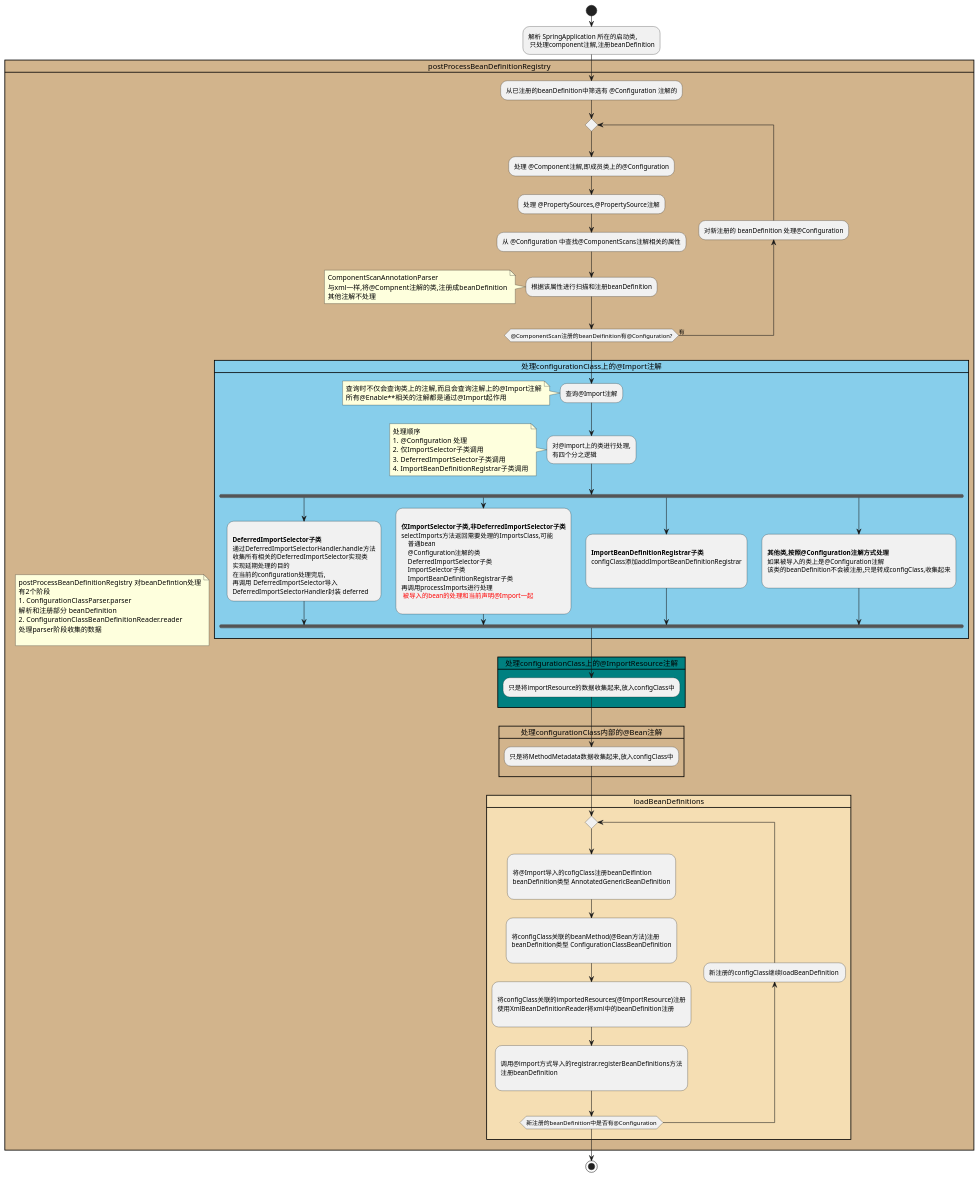
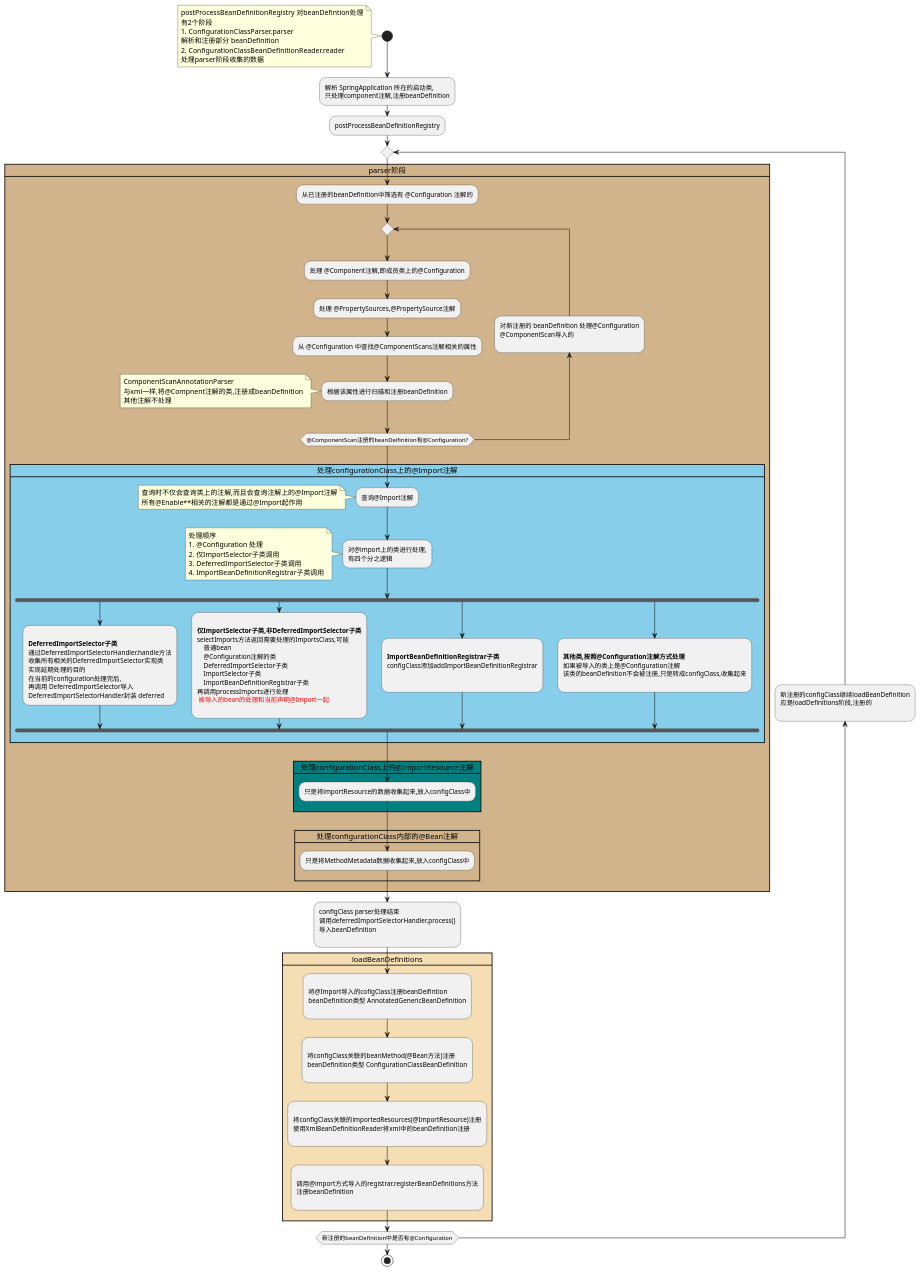
The diagram in uml/src/main/java/active/configuration_processor_activity.puml (FHJ2020/spring-uml), drawn with PlantUML before and after one commit.

```diff
--- a/uml/src/main/java/active/configuration_processor_activity.puml
+++ b/uml/src/main/java/active/configuration_processor_activity.puml
@@ -1,128 +1,140 @@
 @startuml
 'https://plantuml.com/activity-diagram-beta
 
 start
-   :解析 SpringApplication 所在的启动类,
-    只处理component注解,注册beanDefinition;
 
-card postProcessBeanDefinitionRegistry #tan{
     note
     postProcessBeanDefinitionRegistry 对beanDefintion处理
     有2个阶段
     # ConfigurationClassParser.parser
     解析和注册部分 beanDefinition
     # ConfigurationClassBeanDefinitionReader.reader
     处理parser阶段收集的数据
+    end note
 
-    end note
+    :解析 SpringApplication 所在的启动类,
+    只处理component注解,注册beanDefinition;
+    :postProcessBeanDefinitionRegistry;
+
+    repeat
+
+    card parser阶段 #tan{
         :从已注册的beanDefinition中筛选有 @Configuration 注解的;
-    repeat
-        :处理 @Component注解,即成员类上的@Configuration;
-        :处理 @PropertySources,@PropertySource注解;
-        :从 @Configuration 中查找@ComponentScans注解相关的属性;
-        :根据该属性进行扫描和注册beanDefinition;
-        note
-        ComponentScanAnnotationParser
-        与xml一样,将@Compnent注解的类,注册成beanDefinition
-        其他注解不处理
-        end note
+        repeat
+            :处理 @Component注解,即成员类上的@Configuration;
+            :处理 @PropertySources,@PropertySource注解;
+            :从 @Configuration 中查找@ComponentScans注解相关的属性;
+            :根据该属性进行扫描和注册beanDefinition;
+            note
+            ComponentScanAnnotationParser
+            与xml一样,将@Compnent注解的类,注册成beanDefinition
+            其他注解不处理
+            end note
+            backward:对新注册的 beanDefinition 处理@Configuration
+            @ComponentScan导入的
+            ;
+        repeat while (@ComponentScan注册的beanDeifinition有@Configuration?)
 
-        backward:对新注册的 beanDefinition 处理@Configuration;
-    repeat while (@ComponentScan注册的beanDeifinition有@Configuration?) is(有)
+        card  处理configurationClass上的@Import注解 #skyblue{
+            :查询@Import注解;
+            note
+            查询时不仅会查询类上的注解,而且会查询注解上的@Import注解
+            所有@Enable**相关的注解都是通过@Import起作用
+            end note
+
+            :对@import上的类进行处理,
+            有四个分之逻辑;
+            note
+                处理顺序
+                # @Configuration 处理
+                # 仅ImportSelector子类调用
+                # DeferredImportSelector子类调用
+                # ImportBeanDefinitionRegistrar子类调用
+            end note
+            fork
+                :
+                **DeferredImportSelector子类**
+                通过DeferredImportSelectorHandler.handle方法
+                收集所有相关的DeferredImportSelector实现类
+                实现延期处理的目的
+                在当前的configuration处理完后,
+                再调用 DeferredImportSelector导入
+                DeferredImportSelectorHandler封装 deferred;
+            fork again
+                :
+                **仅ImportSelector子类,非DeferredImportSelector子类**
+                selectImports方法返回需要处理的ImportsClass,可能
+                    普通bean
+                    @Configuration注解的类
+                    DeferredImportSelector子类
+                    ImportSelector子类
+                    ImportBeanDefinitionRegistrar子类
+                再调用processImports进行处理
+                <color:red> 被导入的bean的处理和当前声明@Import一起
+                ;
+            fork again
+                :
+                **ImportBeanDefinitionRegistrar子类**
+                configClass添加addImportBeanDefinitionRegistrar
+
+                ;
+            fork again
+                :
+                **其他类,按照@Configuration注解方式处理**
+                如果被导入的类上是@Configuration注解
+                该类的beanDefinition不会被注册,只是转成configClass,收集起来
+                ;
+
+            end fork
+        }
 
 
-    card  处理configurationClass上的@Import注解 #skyblue{
-        :查询@Import注解;
-        note
-        查询时不仅会查询类上的注解,而且会查询注解上的@Import注解
-        所有@Enable**相关的注解都是通过@Import起作用
-        end note
+        card 处理configurationClass上的@ImportResource注解 #Teal{
+            :只是将importResource的数据收集起来,放入configClass中;
+        }
+        card 处理configurationClass内部的@Bean注解{
+            :只是将MethodMetadata数据收集起来,放入configClass中;
 
-        :对@import上的类进行处理,
-        有四个分之逻辑;
-        note
-            处理顺序
-            # @Configuration 处理
-            # 仅ImportSelector子类调用
-            # DeferredImportSelector子类调用
-            # ImportBeanDefinitionRegistrar子类调用
-        end note
-        fork
-            :
-            **DeferredImportSelector子类**
-            通过DeferredImportSelectorHandler.handle方法
-            收集所有相关的DeferredImportSelector实现类
-            实现延期处理的目的
-            在当前的configuration处理完后,
-            再调用 DeferredImportSelector导入
-            DeferredImportSelectorHandler封装 deferred;
-        fork again
-            :
-            **仅ImportSelector子类,非DeferredImportSelector子类**
-            selectImports方法返回需要处理的ImportsClass,可能
-                普通bean
-                @Configuration注解的类
-                DeferredImportSelector子类
-                ImportSelector子类
-                ImportBeanDefinitionRegistrar子类
-            再调用processImports进行处理
-            <color:red> 被导入的bean的处理和当前声明@Import一起
-            ;
-        fork again
-            :
-            **ImportBeanDefinitionRegistrar子类**
-            configClass添加addImportBeanDefinitionRegistrar
-
-            ;
-        fork again
-            :
-            **其他类,按照@Configuration注解方式处理**
-            如果被导入的类上是@Configuration注解
-            该类的beanDefinition不会被注册,只是转成configClass,收集起来
-            ;
-
-        end fork
-
+        }
     }
 
-    card 处理configurationClass上的@ImportResource注解 #Teal{
-        :只是将importResource的数据收集起来,放入configClass中;
+    :configClass parser处理结束
+    调用deferredImportSelectorHandler.process()
+    导入beanDefinition
+    ;
 
-    }
-    card 处理configurationClass内部的@Bean注解{
-        :只是将MethodMetadata数据收集起来,放入configClass中;
-
-    }
     card loadBeanDefinitions #Wheat{
-     repeat
 
         :
         将@Import导入的cofigClass注册beanDeifintion
         beanDefinition类型 AnnotatedGenericBeanDefinition
         ;
 
         :
         将configClass关联的beanMethod(@Bean方法)注册
         beanDefinition类型 ConfigurationClassBeanDefinition
         ;
 
         :
         将configClass关联的importedResources(@ImportResource)注册
         使用XmlBeanDefinitionReader将xml中的beanDefinition注册
         ;
 
         :
         调用@import方式导入的registrar.registerBeanDefinitions方法
         注册beanDefinition
         ;
 
-        backward:新注册的configClass继续loadBeanDefinition ;
-        repeat while(新注册的beanDefinition中是否有@Configuration)
     }
-}
+
+    backward:新注册的configClass继续loadBeanDefinition
+    应是loadDefinitions阶段,注册的
+     ;
+    repeat while(新注册的beanDefinition中是否有@Configuration)
+
 
 
 
 stop
 
 @enduml
```
